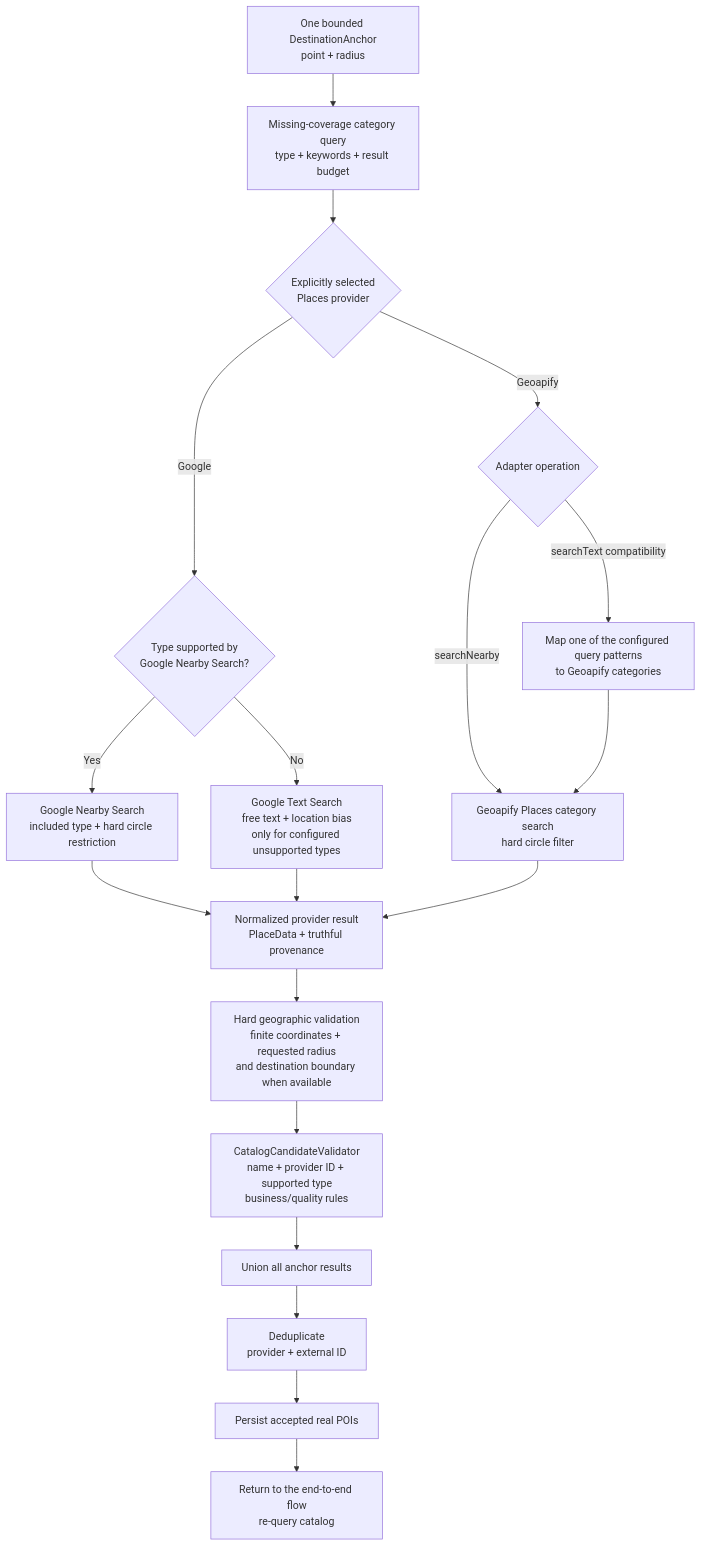
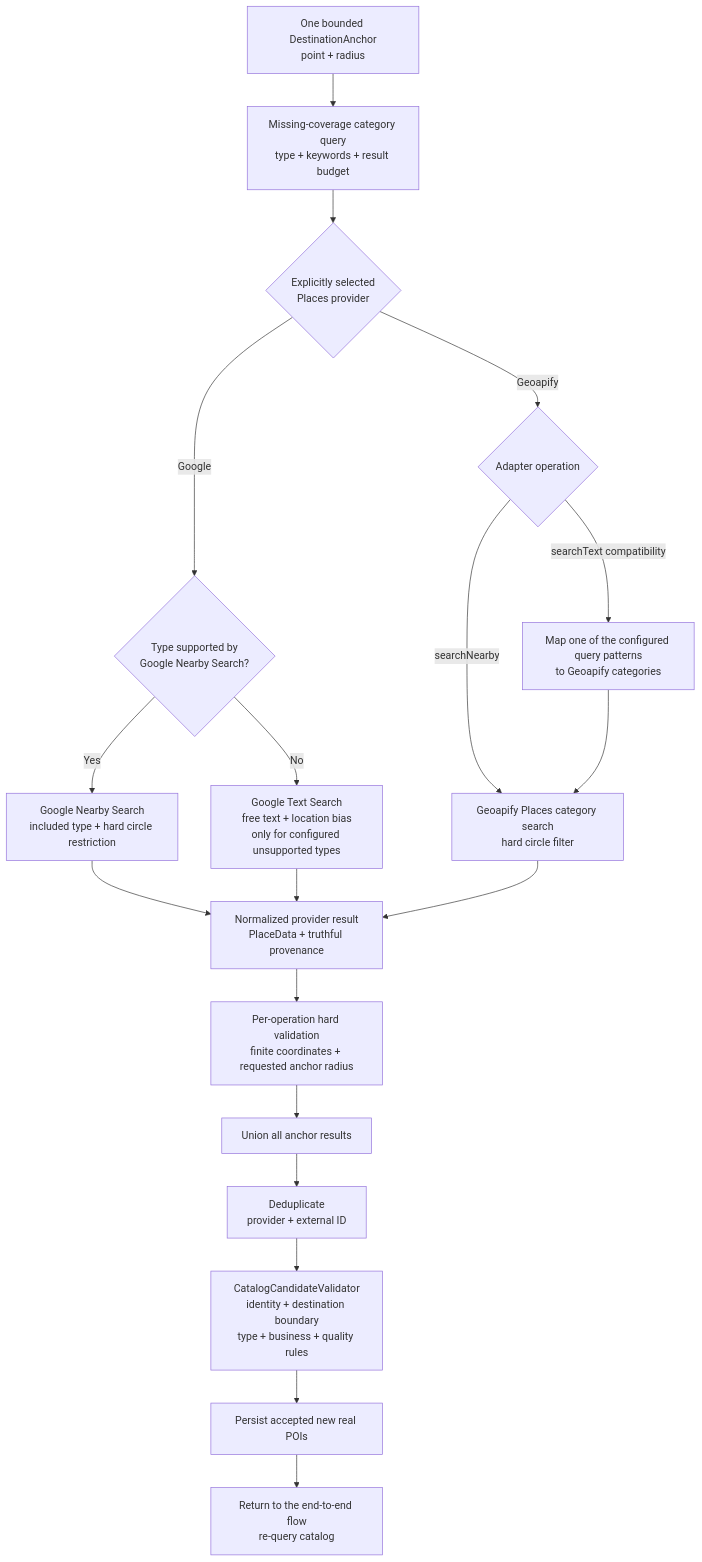
One commit to entity-builders-labs/zig-zag changed the ninth of 10 diagrams in docs/architecture/activity-discovery-and-tour-generation.md. Above: the diagram before and after it, drawn with Mermaid. The commit also changed other lines of this file and 22 other files, not shown here.

Commit message:
feat: validate multi-anchor catalog refill

````diff
--- a/docs/architecture/activity-discovery-and-tour-generation.md
+++ b/docs/architecture/activity-discovery-and-tour-generation.md
@@ -569,25 +576,25 @@
 ```mermaid
 flowchart TD
     A["One bounded DestinationAnchor<br/>point + radius"] --> B["Missing-coverage category query<br/>type + keywords + result budget"]
     B --> C{"Explicitly selected<br/>Places provider"}
 
     C -- Google --> D{"Type supported by<br/>Google Nearby Search?"}
     D -- Yes --> E["Google Nearby Search<br/>included type + hard circle restriction"]
     D -- No --> F["Google Text Search<br/>free text + location bias<br/>only for configured unsupported types"]
 
     C -- Geoapify --> G{"Adapter operation"}
     G -- searchNearby --> H["Geoapify Places category search<br/>hard circle filter"]
     G -- searchText compatibility --> I["Map one of the configured query patterns<br/>to Geoapify categories"]
     I --> H
 
     E --> J["Normalized provider result<br/>PlaceData + truthful provenance"]
     F --> J
     H --> J
 
-    J --> K["Hard geographic validation<br/>finite coordinates + requested radius<br/>and destination boundary when available"]
-    K --> L["CatalogCandidateValidator<br/>name + provider ID + supported type<br/>business/quality rules"]
-    L --> M["Union all anchor results"]
+    J --> K["Per-operation hard validation<br/>finite coordinates + requested anchor radius"]
+    K --> M["Union all anchor results"]
     M --> N["Deduplicate<br/>provider + external ID"]
-    N --> O["Persist accepted real POIs"]
+    N --> L["CatalogCandidateValidator<br/>identity + destination boundary<br/>type + business + quality rules"]
+    L --> O["Persist accepted new real POIs"]
     O --> P["Return to the end-to-end flow<br/>re-query catalog"]
 ```
````
